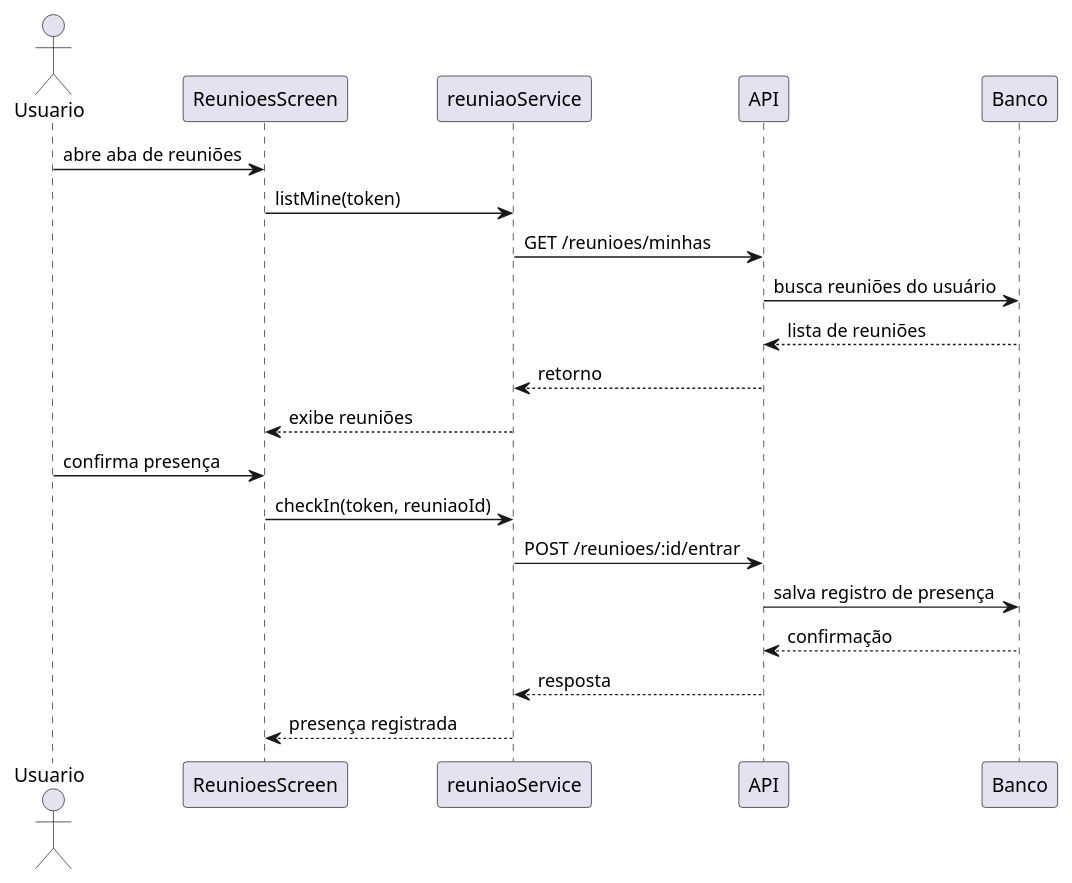
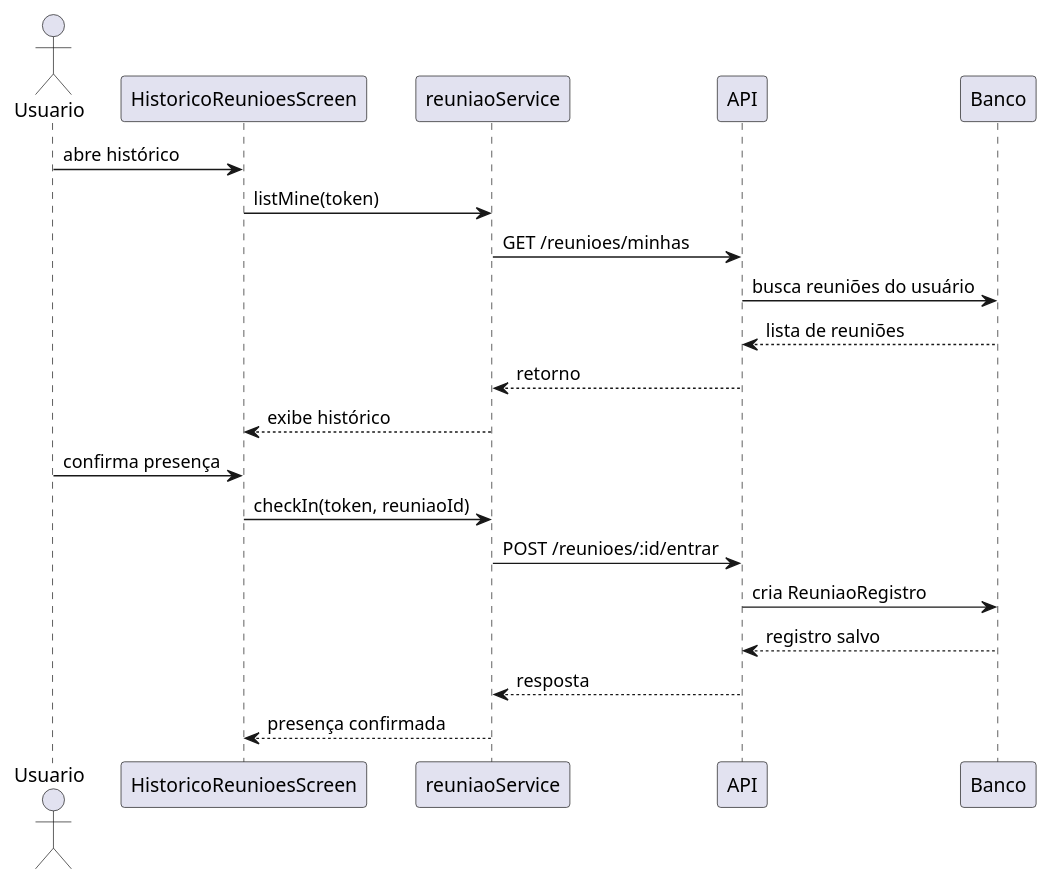
The second of 2 diagrams in documentos/entrega3_Di2/breno.md (MiguelIFSP/BRTPDS2-PROJETO-E-DESENVOLVIMENTO-DE-SISTEMAS-2), drawn with PlantUML before and after one commit. The commit also changed other lines of this file, not shown here.

Commit message:
docs: adicionar histórico de reuniões

````diff
--- a/documentos/entrega3_Di2/breno.md
+++ b/documentos/entrega3_Di2/breno.md
@@ -125,25 +158,25 @@
 ```plantuml
 @startuml
 actor Usuario
-participant "ReunioesScreen" as Screen
+participant "HistoricoReunioesScreen" as Screen
 participant "reuniaoService" as Service
 participant "API" as API
 participant "Banco" as DB
 
-Usuario -> Screen: abre aba de reuniões
+Usuario -> Screen: abre histórico
 Screen -> Service: listMine(token)
 Service -> API: GET /reunioes/minhas
 API -> DB: busca reuniões do usuário
 DB --> API: lista de reuniões
 API --> Service: retorno
-Service --> Screen: exibe reuniões
+Service --> Screen: exibe histórico
 
 Usuario -> Screen: confirma presença
 Screen -> Service: checkIn(token, reuniaoId)
 Service -> API: POST /reunioes/:id/entrar
-API -> DB: salva registro de presença
-DB --> API: confirmação
+API -> DB: cria ReuniaoRegistro
+DB --> API: registro salvo
 API --> Service: resposta
-Service --> Screen: presença registrada
+Service --> Screen: presença confirmada
 @enduml
 ```
````
